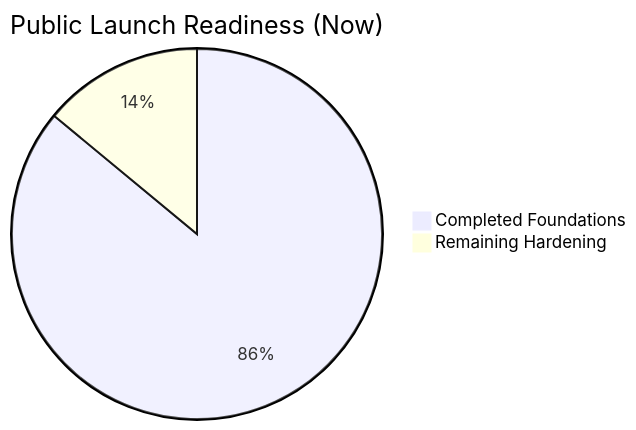
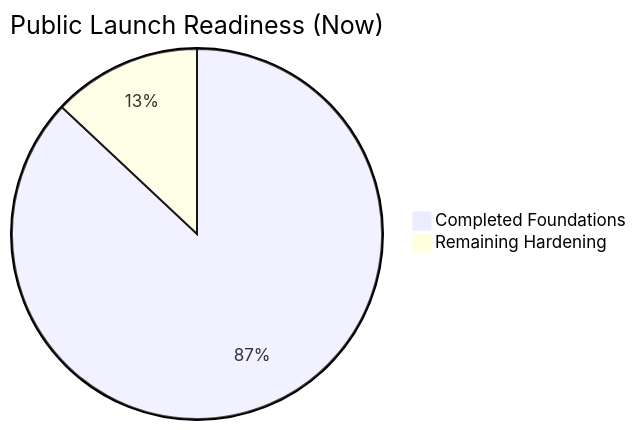
Before and after one commit to prettyinpurple2021/solo-ai: the first of 3 diagrams in docs/reports/VISUAL_PUBLIC_LAUNCH_ROADMAP.md, drawn with Mermaid. The commit also changed other lines of this file and 7 other files, not shown here.

````diff
--- a/docs/reports/VISUAL_PUBLIC_LAUNCH_ROADMAP.md
+++ b/docs/reports/VISUAL_PUBLIC_LAUNCH_ROADMAP.md
@@ -21,5 +24,5 @@
 ```mermaid
 pie title Public Launch Readiness (Now)
-    "Completed Foundations" : 86
-    "Remaining Hardening" : 14
+    "Completed Foundations" : 87
+    "Remaining Hardening" : 13
 ```
````
